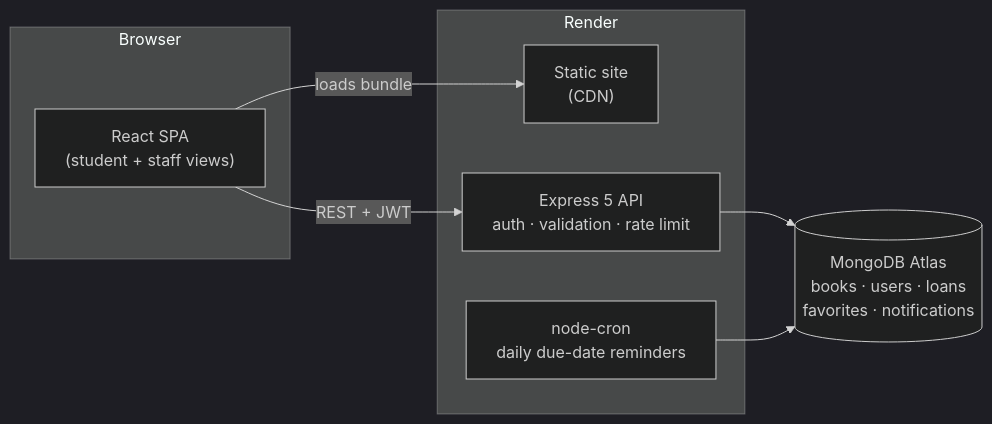
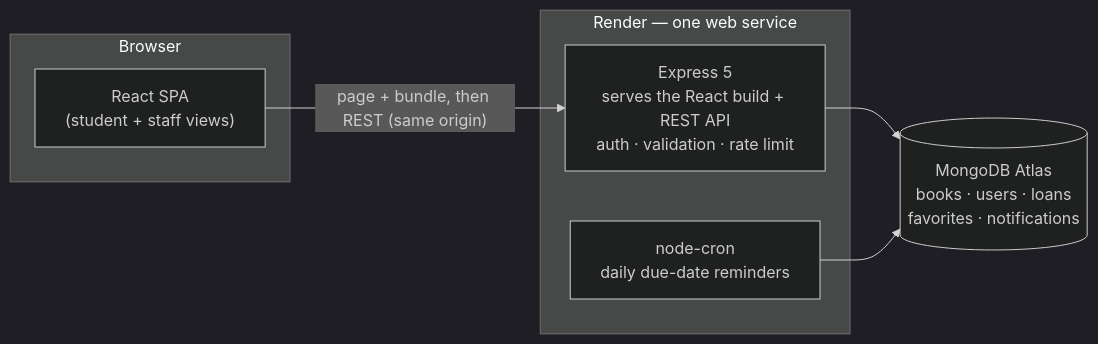
The first of 3 diagrams in README.md (saaraah19/Uni-Lib), drawn with Mermaid (dark theme) before and after one commit. The commit also changed other lines of this file and 10 other files, not shown here.

Commit message:
small fixes to adapt to render 1 service

````diff
--- a/README.md
+++ b/README.md
@@ -181,17 +181,15 @@
 ```mermaid
 flowchart LR
     subgraph Browser
         UI["React SPA<br/>(student + staff views)"]
     end
-    subgraph Render
-        STATIC["Static site<br/>(CDN)"]
-        API["Express 5 API<br/>auth · validation · rate limit"]
+    subgraph Render["Render — one web service"]
+        API["Express 5<br/>serves the React build + REST API<br/>auth · validation · rate limit"]
         CRON["node-cron<br/>daily due-date reminders"]
     end
     DB[("MongoDB Atlas<br/>books · users · loans<br/>favorites · notifications")]
 
-    UI -- "loads bundle" --> STATIC
-    UI -- "REST + JWT" --> API
+    UI -- "page + bundle, then REST (same origin)" --> API
     API --> DB
     CRON --> DB
 ```
````
